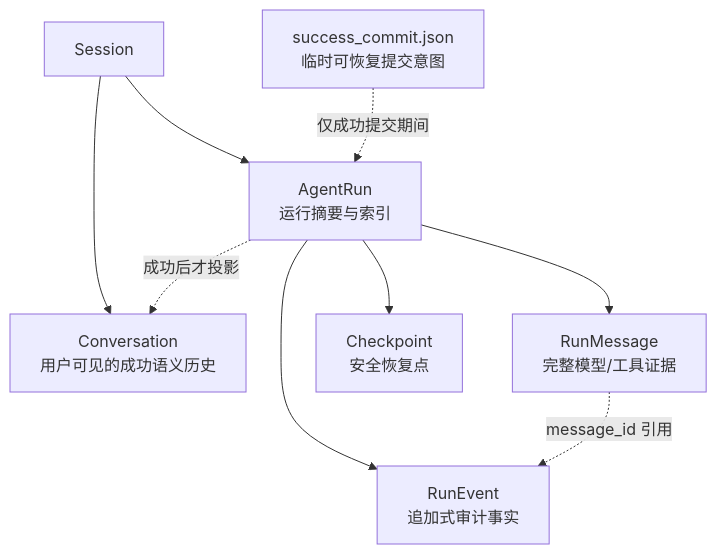
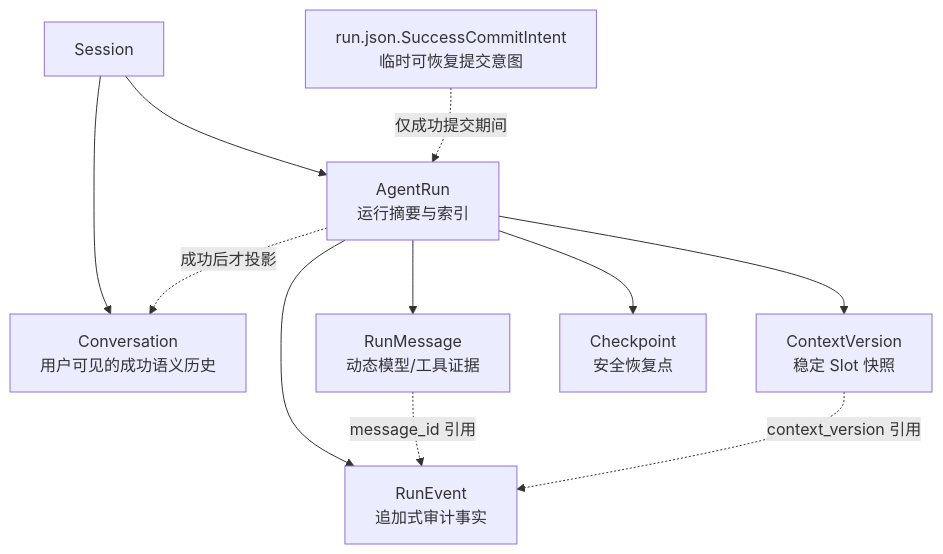
One commit to aandbcct/dotClaw changed the sixth of 7 diagrams in README.md. Above: the diagram before and after it, drawn with Mermaid. The commit also changed other lines of this file and 3 other files, not shown here.

````diff
--- a/README.md
+++ b/README.md
@@ -213,11 +215,13 @@
 ```mermaid
 flowchart TB
     Session["Session"] --> Conversation["Conversation\n用户可见的成功语义历史"]
     Session --> Run["AgentRun\n运行摘要与索引"]
-    Run --> Message["RunMessage\n完整模型/工具证据"]
+    Run --> Message["RunMessage\n动态模型/工具证据"]
+    Run --> Version["ContextVersion\n稳定 Slot 快照"]
     Run --> Event["RunEvent\n追加式审计事实"]
     Run --> Checkpoint["Checkpoint\n安全恢复点"]
     Message -. "message_id 引用" .-> Event
+    Version -. "context_version 引用" .-> Event
     Run -. "成功后才投影" .-> Conversation
-    Intent["success_commit.json\n临时可恢复提交意图"] -. "仅成功提交期间" .-> Run
+    Intent["run.json.SuccessCommitIntent\n临时可恢复提交意图"] -. "仅成功提交期间" .-> Run
 ```
````
